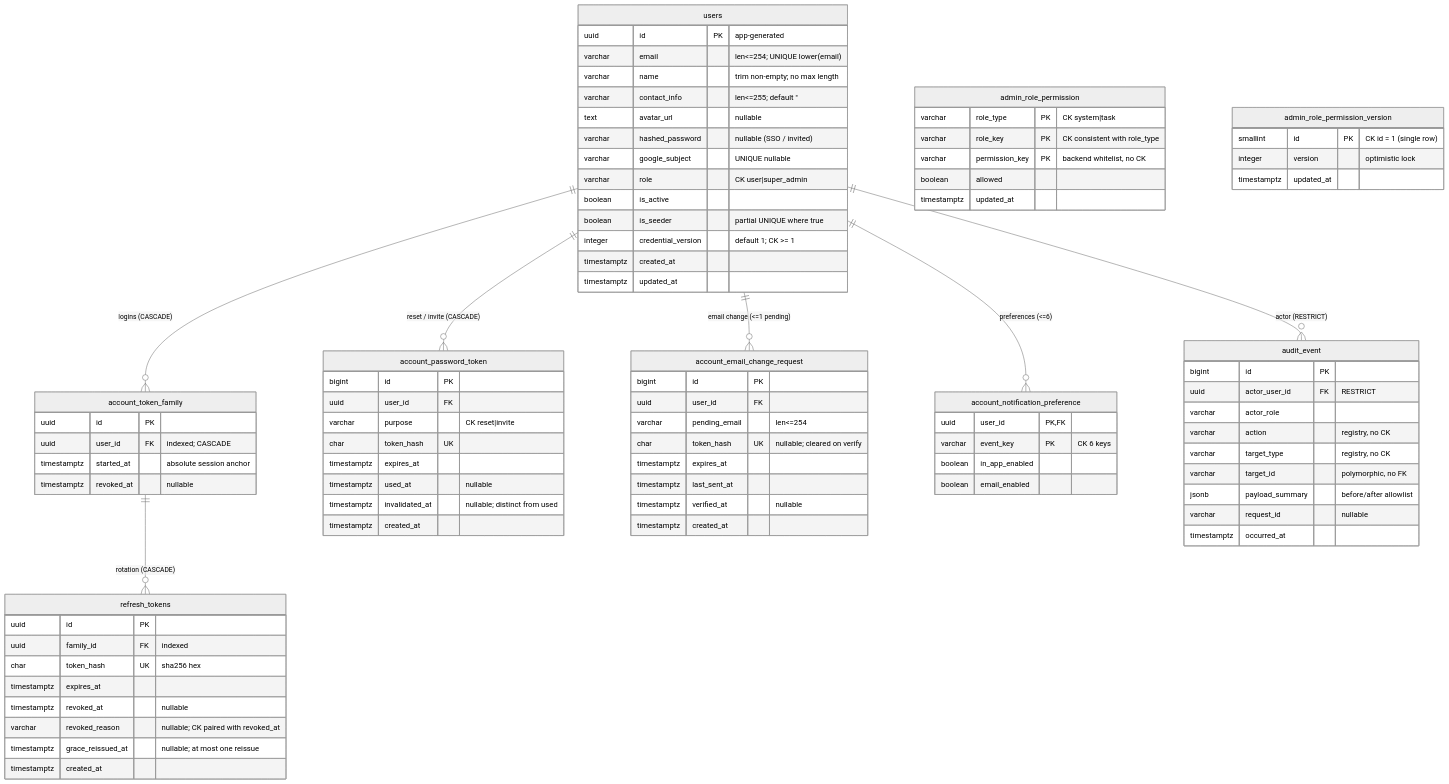
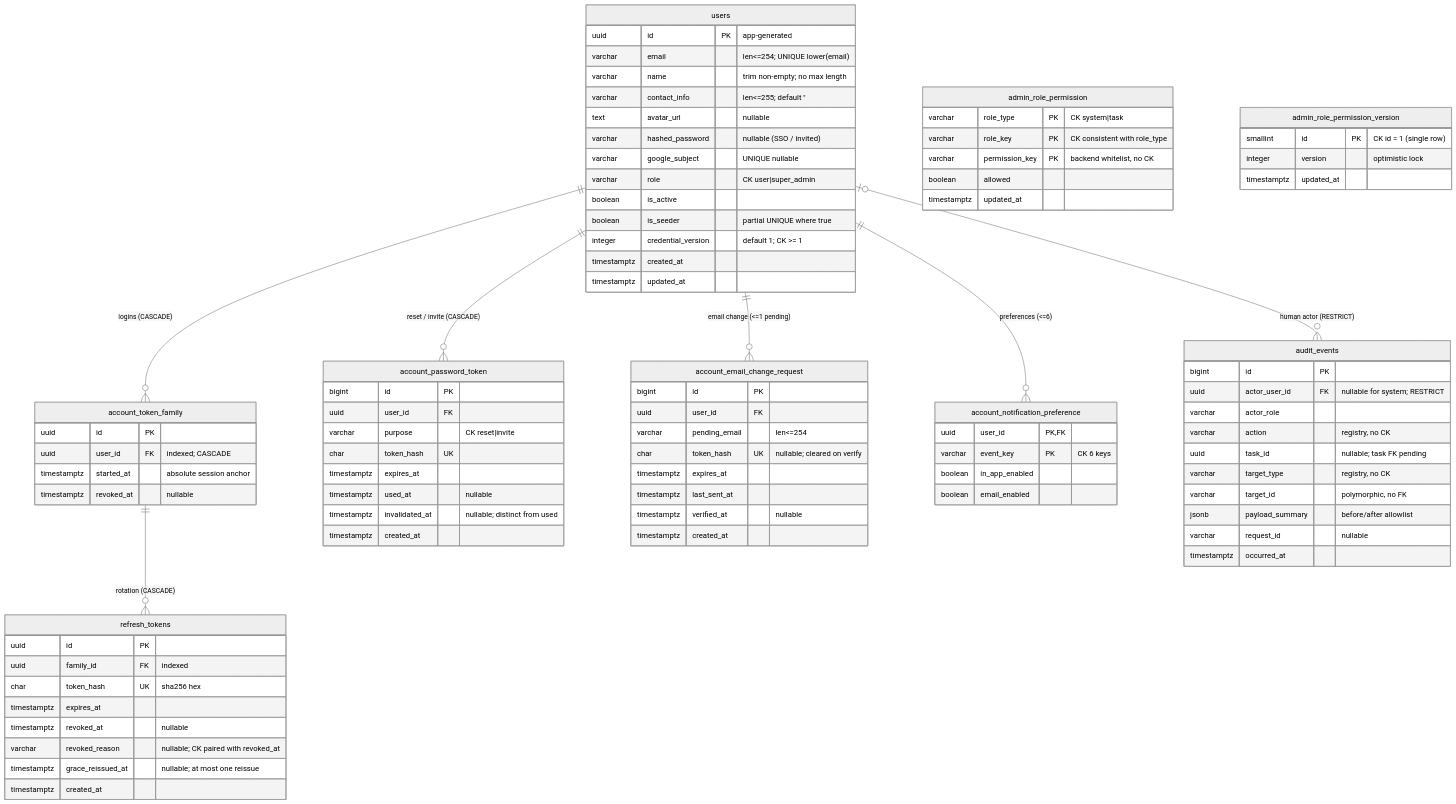
The diagram in docs/diagrams/architecture/account-admin-db-schema.md (singyichen/label-suite), drawn with Mermaid (neutral theme) before and after one commit. The commit also changed other lines of this file and 21 other files, not shown here.

First line of the commit message:
docs: align shared audit event planning

````diff
--- a/docs/diagrams/architecture/account-admin-db-schema.md
+++ b/docs/diagrams/architecture/account-admin-db-schema.md
@@ -93,11 +94,12 @@
         boolean in_app_enabled
         boolean email_enabled
     }
-    audit_event {
+    audit_events {
         bigint id PK
-        uuid actor_user_id FK "RESTRICT"
+        uuid actor_user_id FK "nullable for system; RESTRICT"
         varchar actor_role
         varchar action "registry, no CK"
+        uuid task_id "nullable; task FK pending"
         varchar target_type "registry, no CK"
         varchar target_id "polymorphic, no FK"
         jsonb payload_summary "before/after allowlist"
@@ -122,5 +124,5 @@
     users ||--o{ account_password_token : "reset / invite (CASCADE)"
     users ||--o{ account_email_change_request : "email change (<=1 pending)"
     users ||--o{ account_notification_preference : "preferences (<=6)"
-    users ||--o{ audit_event : "actor (RESTRICT)"
+    users |o--o{ audit_events : "human actor (RESTRICT)"
 ```
````
